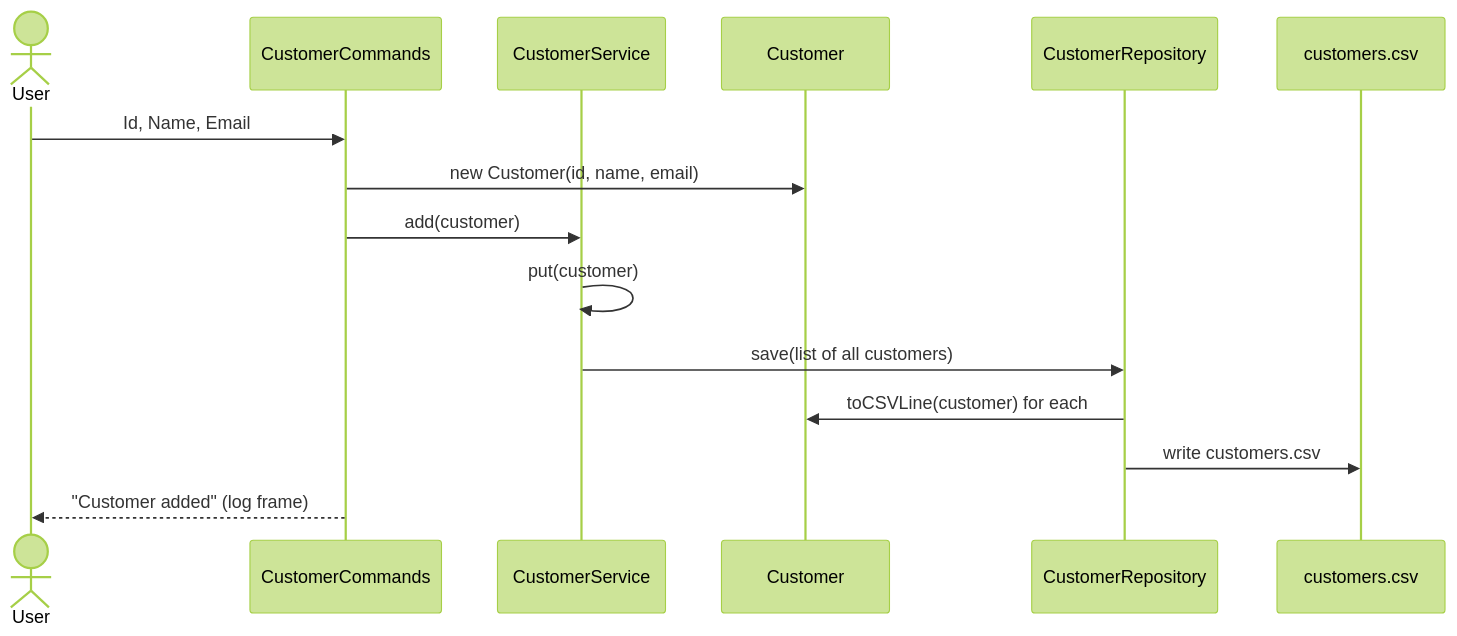
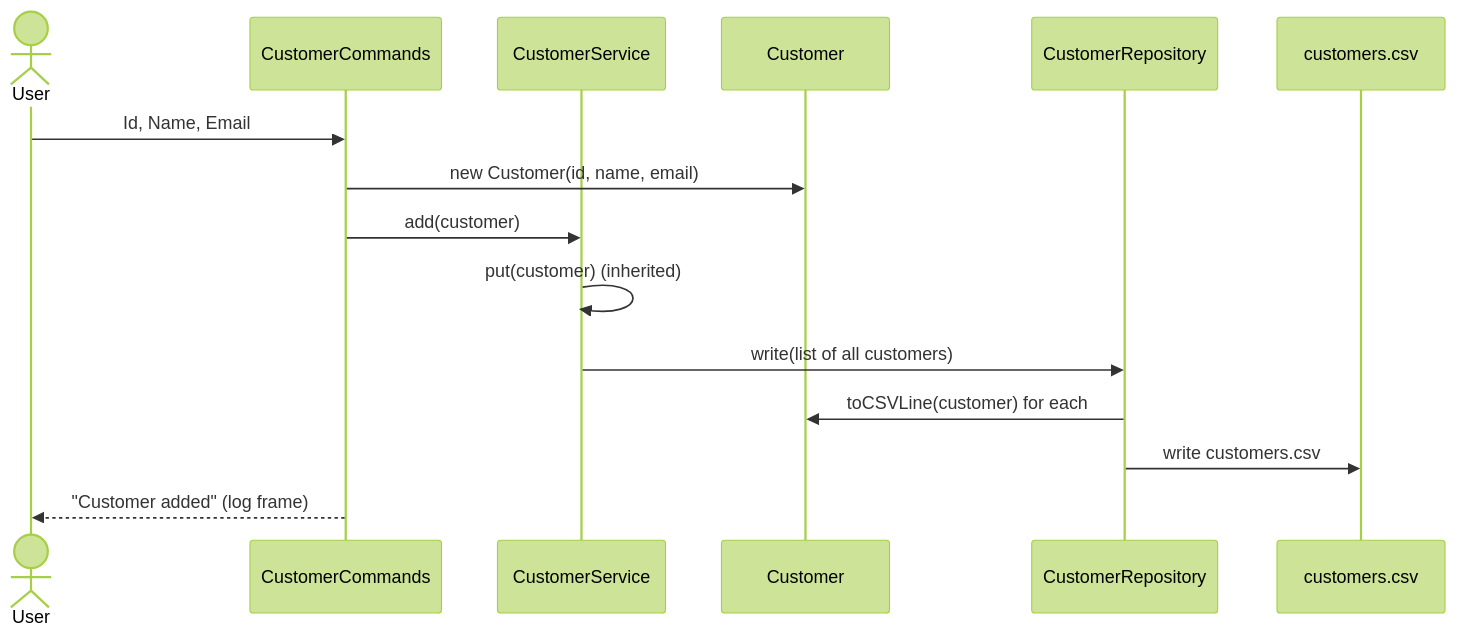
One commit to uvavalencia-cs2100/uva-blockbuster changed the fifth of 5 diagrams in docs/README.md. Above: the diagram before and after it, drawn with Mermaid (forest theme). The commit also changed other lines of this file and 13 other files, not shown here.

First line of the commit message:
Redesign the architecture (#36)

````diff
--- a/docs/README.md
+++ b/docs/README.md
@@ -232,18 +331,18 @@
 ```mermaid
 sequenceDiagram
     actor User
     participant Cmd as CustomerCommands
     participant Svc as CustomerService
     participant Cust as Customer
     participant Repo as CustomerRepository
     participant File as customers.csv
 
     User->>Cmd: Id, Name, Email
     Cmd->>Cust: new Customer(id, name, email)
     Cmd->>Svc: add(customer)
-    Svc->>Svc: put(customer)
-    Svc->>Repo: save(list of all customers)
+    Svc->>Svc: put(customer) (inherited)
+    Svc->>Repo: write(list of all customers)
     Repo->>Cust: toCSVLine(customer) for each
     Repo->>File: write customers.csv
     Cmd-->>User: "Customer added" (log frame)
 ```
````
